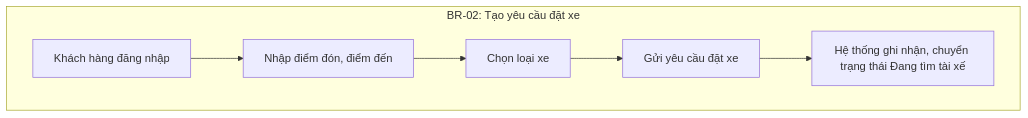
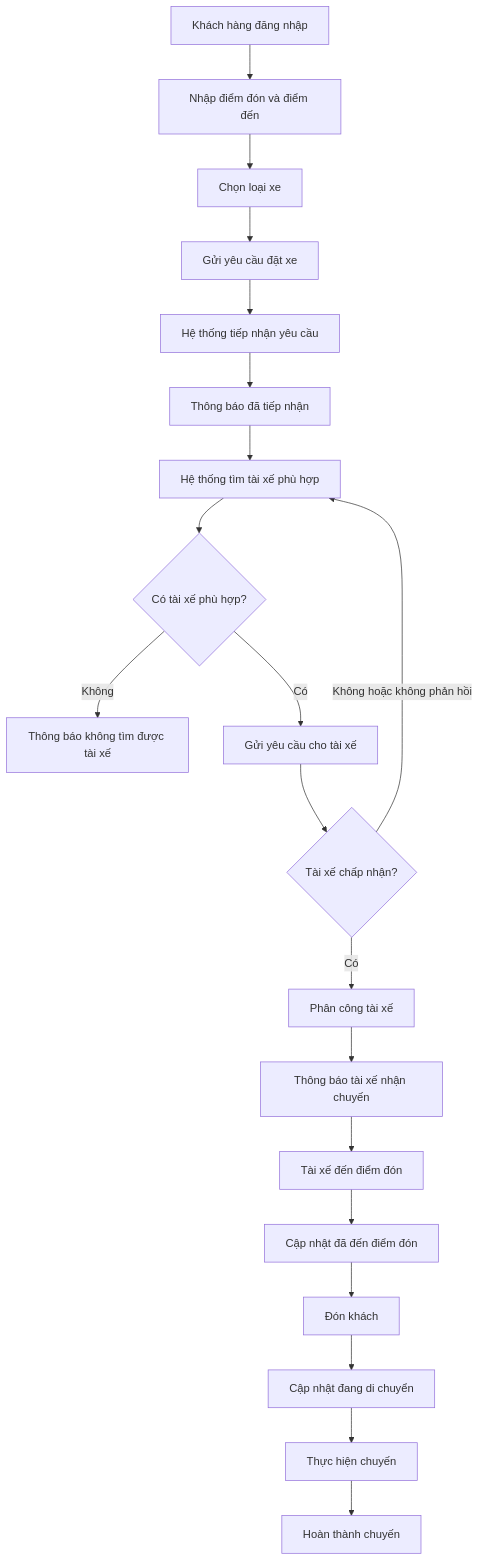
One commit to ngoclinh090608-wq/23707801_Nguyen-Thi-Ngoc-Linh_CABSYSTEM changed the second of 6 diagrams in srs.md. Above: the diagram before and after it, drawn with Mermaid. The commit also changed other lines of this file, not shown here.

````diff
--- a/srs.md
+++ b/srs.md
@@ -122,9 +117,25 @@
 ```mermaid
 flowchart TD
-    subgraph BR02["BR-02: Tạo yêu cầu đặt xe"]
-    B1[Khách hàng đăng nhập] --> B2[Nhập điểm đón, điểm đến]
-    B2 --> B3[Chọn loại xe]
-    B3 --> B4[Gửi yêu cầu đặt xe]
-    B4 --> B5[Hệ thống ghi nhận, chuyển trạng thái Đang tìm tài xế]
-    end
+    A[Khách hàng đăng nhập] --> B[Nhập điểm đón và điểm đến]
+    B --> C[Chọn loại xe]
+    C --> D[Gửi yêu cầu đặt xe]
+    D --> E[Hệ thống tiếp nhận yêu cầu]
+    E --> F[Thông báo đã tiếp nhận]
+    F --> G[Hệ thống tìm tài xế phù hợp]
+    G --> H{Có tài xế phù hợp?}
+
+    H -- Không --> I[Thông báo không tìm được tài xế]
+    H -- Có --> J[Gửi yêu cầu cho tài xế]
+
+    J --> K{Tài xế chấp nhận?}
+    K -- Không hoặc không phản hồi --> G
+    K -- Có --> L[Phân công tài xế]
+
+    L --> M[Thông báo tài xế nhận chuyến]
+    M --> N[Tài xế đến điểm đón]
+    N --> O[Cập nhật đã đến điểm đón]
+    O --> P[Đón khách]
+    P --> Q[Cập nhật đang di chuyển]
+    Q --> R[Thực hiện chuyến]
+    R --> S[Hoàn thành chuyến]
 ```
````
